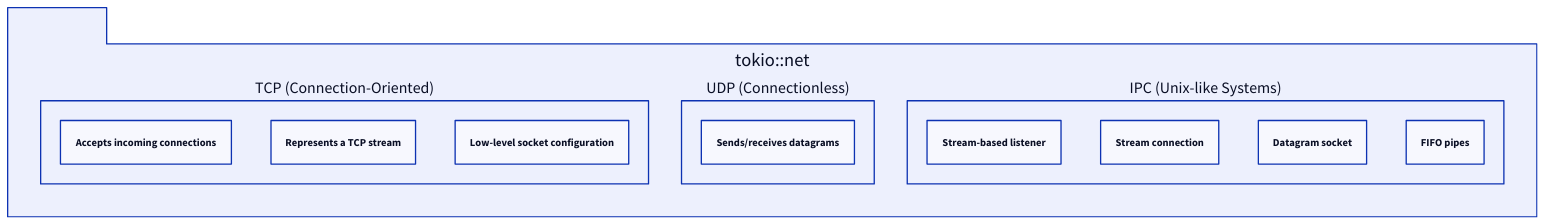
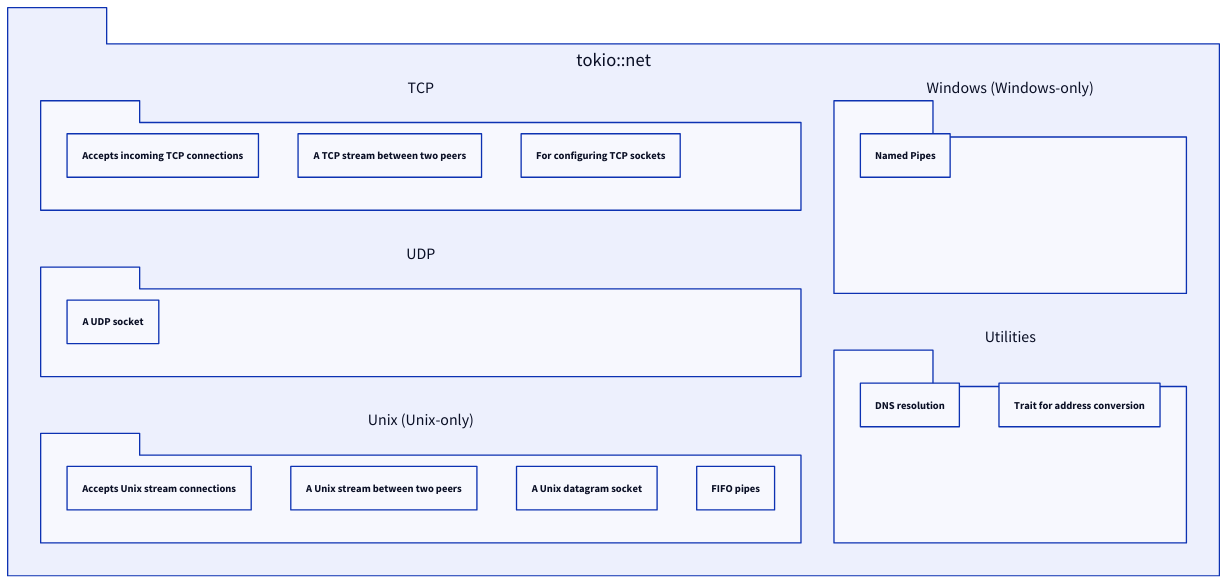
The diagram in .aigne/doc-smith/docs/api-net.md (lban2049/tokio), drawn with D2 before and after one commit. The commit also changed other lines of this file and 40 other files, not shown here.

````diff
--- a/.aigne/doc-smith/docs/api-net.md
+++ b/.aigne/doc-smith/docs/api-net.md
@@ -9,29 +9,43 @@
 ```d2
 direction: down
 
-"tokio::net": {
+tokio-net: {
   shape: package
-  grid-columns: 3
+  label: "tokio::net"
+  grid-columns: 2
   grid-gap: 50
 
-  "TCP (Connection-Oriented)": {
-    shape: rectangle
-    "TcpListener": "Accepts incoming connections"
-    "TcpStream": "Represents a TCP stream"
-    "TcpSocket": "Low-level socket configuration"
+  TCP: {
+    shape: package
+    "TcpListener": "Accepts incoming TCP connections"
+    "TcpStream": "A TCP stream between two peers"
+    "TcpSocket": "For configuring TCP sockets"
   }
 
-  "UDP (Connectionless)": {
-    shape: rectangle
-    "UdpSocket": "Sends/receives datagrams"
+  UDP: {
+    shape: package
+    "UdpSocket": "A UDP socket"
   }
 
-  "IPC (Unix-like Systems)": {
-    shape: rectangle
-    "UnixListener": "Stream-based listener"
-    "UnixStream": "Stream connection"
-    "UnixDatagram": "Datagram socket"
-    "Pipes": "FIFO pipes"
+  Unix: {
+    shape: package
+    label: "Unix (Unix-only)"
+    "UnixListener": "Accepts Unix stream connections"
+    "UnixStream": "A Unix stream between two peers"
+    "UnixDatagram": "A Unix datagram socket"
+    "pipe": "FIFO pipes"
+  }
+
+  Windows: {
+    shape: package
+    label: "Windows (Windows-only)"
+    "named_pipe": "Named Pipes"
+  }
+
+  "Utilities": {
+    shape: package
+    "lookup_host": "DNS resolution"
+    "ToSocketAddrs": "Trait for address conversion"
   }
 }
 ```
````
